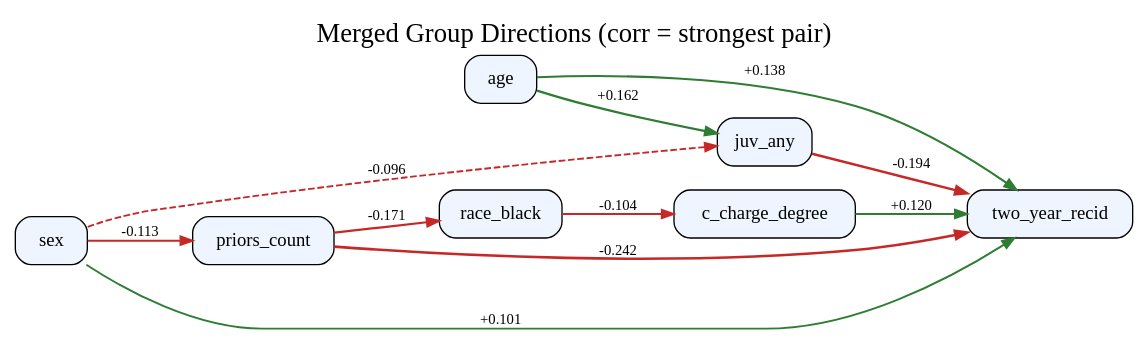
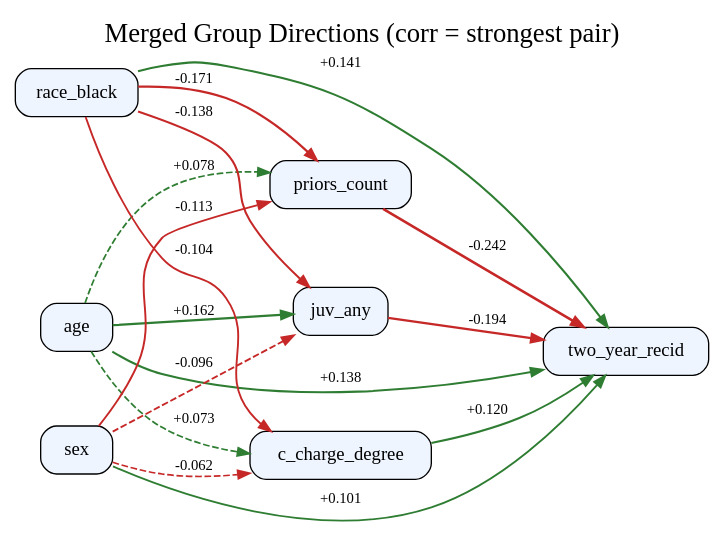
Before and after one commit to AKANEMO22/MedTCAX-Causal-Argumentative-Explainability: the diagram in causal_argumentation-main/outputs_compas/fci_experiment/merged_groups_fci_weighted.dot, drawn with Graphviz. The commit also changed 28 other files, not shown here.

```diff
--- a/causal_argumentation-main/outputs_compas/fci_experiment/merged_groups_fci_weighted.dot
+++ b/causal_argumentation-main/outputs_compas/fci_experiment/merged_groups_fci_weighted.dot
@@ -1,23 +1,28 @@
 digraph G {
 rankdir=LR;
 label="Merged Group Directions (corr = strongest pair)";
 labelloc=t;
 fontsize=20;
 age [shape=box, style="rounded,filled", fillcolor="#eef5ff"];
 c_charge_degree [shape=box, style="rounded,filled", fillcolor="#eef5ff"];
 juv_any [shape=box, style="rounded,filled", fillcolor="#eef5ff"];
 priors_count [shape=box, style="rounded,filled", fillcolor="#eef5ff"];
 race_black [shape=box, style="rounded,filled", fillcolor="#eef5ff"];
 sex [shape=box, style="rounded,filled", fillcolor="#eef5ff"];
 two_year_recid [shape=box, style="rounded,filled", fillcolor="#eef5ff"];
+sex -> priors_count [arrowsize=0.9, label=" -0.113 ", fontsize=11, color="#c62828", penwidth=1.4539642237179584];
+race_black -> priors_count [arrowsize=0.9, label=" -0.171 ", fontsize=11, color="#c62828", penwidth=1.684312973482282];
+c_charge_degree -> two_year_recid [arrowsize=0.9, label=" +0.120 ", fontsize=11, color="#2e7d32", penwidth=1.4813297591010128];
+sex -> two_year_recid [arrowsize=0.9, label=" +0.101 ", fontsize=11, color="#2e7d32", penwidth=1.4036440942052206];
+race_black -> c_charge_degree [arrowsize=0.9, label=" -0.104 ", fontsize=11, color="#c62828", penwidth=1.4161881076625997];
+age -> priors_count [arrowsize=0.9, label=" +0.078 ", fontsize=11, color="#2e7d32", style=dashed, penwidth=1.3113886911101744];
+race_black -> juv_any [arrowsize=0.9, label=" -0.138 ", fontsize=11, color="#c62828", penwidth=1.552374622210547];
+age -> c_charge_degree [arrowsize=0.9, label=" +0.073 ", fontsize=11, color="#2e7d32", style=dashed, penwidth=1.290765389674062];
+age -> juv_any [arrowsize=0.9, label=" +0.162 ", fontsize=11, color="#2e7d32", penwidth=1.648230543356622];
+priors_count -> two_year_recid [arrowsize=0.9, label=" -0.242 ", fontsize=11, color="#c62828", penwidth=1.968370066129737];
+race_black -> two_year_recid [arrowsize=0.9, label=" +0.141 ", fontsize=11, color="#2e7d32", penwidth=1.5624367867262003];
+age -> two_year_recid [arrowsize=0.9, label=" +0.138 ", fontsize=11, color="#2e7d32", penwidth=1.5517675169583196];
 juv_any -> two_year_recid [arrowsize=0.9, label=" -0.194 ", fontsize=11, color="#c62828", penwidth=1.7754492637667454];
-priors_count -> two_year_recid [arrowsize=0.9, label=" -0.242 ", fontsize=11, color="#c62828", penwidth=1.968370066129737];
-race_black -> c_charge_degree [arrowsize=0.9, label=" -0.104 ", fontsize=11, color="#c62828", penwidth=1.4161881076625997];
-sex -> priors_count [arrowsize=0.9, label=" -0.113 ", fontsize=11, color="#c62828", penwidth=1.4539642237179584];
-age -> two_year_recid [arrowsize=0.9, label=" +0.138 ", fontsize=11, color="#2e7d32", penwidth=1.5517675169583196];
-priors_count -> race_black [arrowsize=0.9, label=" -0.171 ", fontsize=11, color="#c62828", penwidth=1.684312973482282];
+sex -> c_charge_degree [arrowsize=0.9, label=" -0.062 ", fontsize=11, color="#c62828", style=dashed, penwidth=1.2473923026476836];
 sex -> juv_any [arrowsize=0.9, label=" -0.096 ", fontsize=11, color="#c62828", style=dashed, penwidth=1.3854684192481614];
-age -> juv_any [arrowsize=0.9, label=" +0.162 ", fontsize=11, color="#2e7d32", penwidth=1.648230543356622];
-sex -> two_year_recid [arrowsize=0.9, label=" +0.101 ", fontsize=11, color="#2e7d32", penwidth=1.4036440942052206];
-c_charge_degree -> two_year_recid [arrowsize=0.9, label=" +0.120 ", fontsize=11, color="#2e7d32", penwidth=1.4813297591010128];
 }
```
